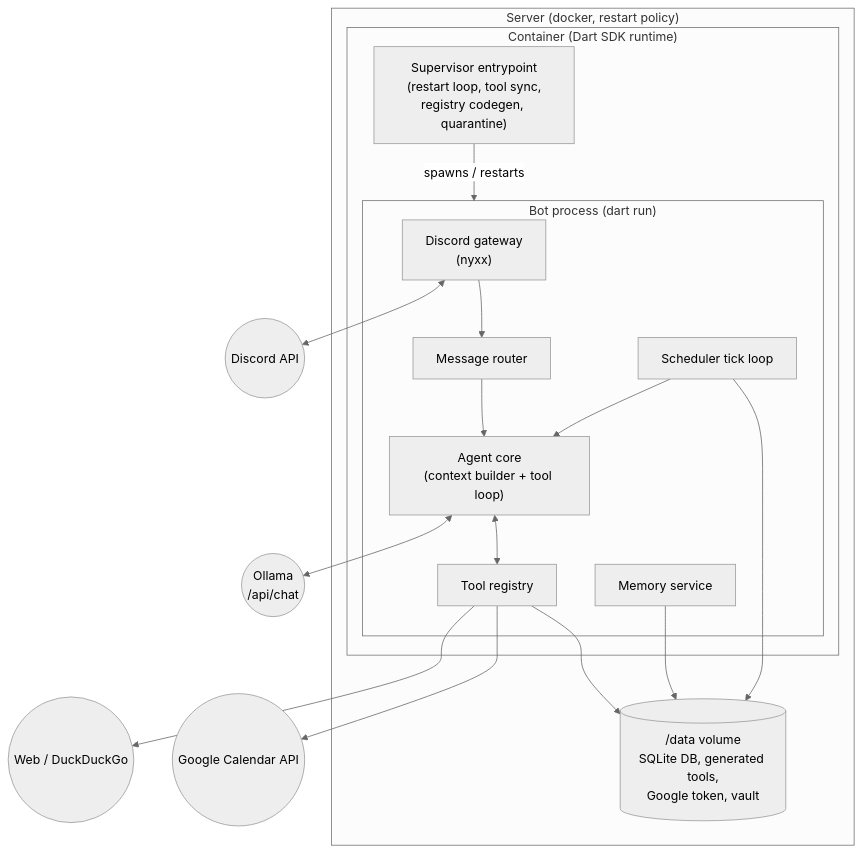
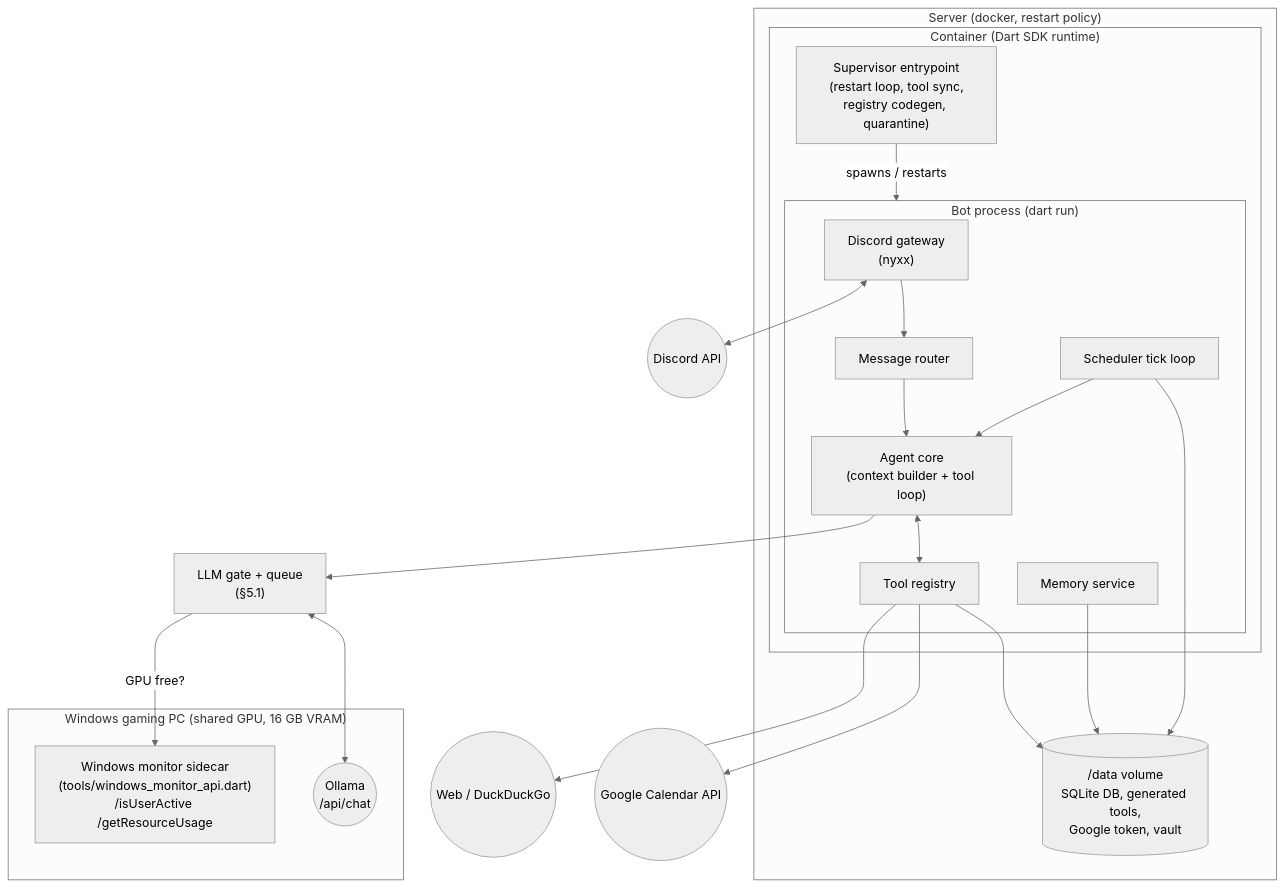
One commit to mbuelowdev/egon-bot changed the first of 2 diagrams in ARCHITECTURE.md. Above: the diagram before and after it, drawn with Mermaid (neutral theme). The commit also changed other lines of this file and 7 other files, not shown here.

First line of the commit message:
Restore Windows monitor sidecar and couple it with Ollama via a GPU gate

````diff
--- a/ARCHITECTURE.md
+++ b/ARCHITECTURE.md
@@ -27,33 +28,38 @@
 ```mermaid
 flowchart TB
     subgraph host["Server (docker, restart policy)"]
         subgraph container["Container (Dart SDK runtime)"]
             SUP["Supervisor entrypoint<br/>(restart loop, tool sync,<br/>registry codegen, quarantine)"]
             subgraph bot["Bot process (dart run)"]
                 GW["Discord gateway<br/>(nyxx)"]
                 ROUTER["Message router"]
                 AGENT["Agent core<br/>(context builder + tool loop)"]
                 REG["Tool registry"]
                 SCHED["Scheduler tick loop"]
                 MEM["Memory service"]
             end
         end
         VOL[("/data volume<br/>SQLite DB, generated tools,<br/>Google token, vault")]
     end
+    subgraph winpc["Windows gaming PC (shared GPU, 16 GB VRAM)"]
+        OLLAMA(("Ollama<br/>/api/chat"))
+        MON["Windows monitor sidecar<br/>(tools/windows_monitor_api.dart)<br/>/isUserActive /getResourceUsage"]
+    end
     DISCORD(("Discord API"))
-    OLLAMA(("Ollama<br/>/api/chat"))
     WEB(("Web / DuckDuckGo"))
     GCAL(("Google Calendar API"))
 
     SUP -->|spawns / restarts| bot
     GW <--> DISCORD
     GW --> ROUTER --> AGENT
-    AGENT <--> OLLAMA
+    AGENT --> GATE["LLM gate + queue<br/>(§5.1)"]
+    GATE -->|GPU free?| MON
+    GATE <--> OLLAMA
     AGENT <--> REG
     REG --> WEB
     REG --> GCAL
     REG --> VOL
     SCHED --> AGENT
     MEM --> VOL
     SCHED --> VOL
 ```
````
